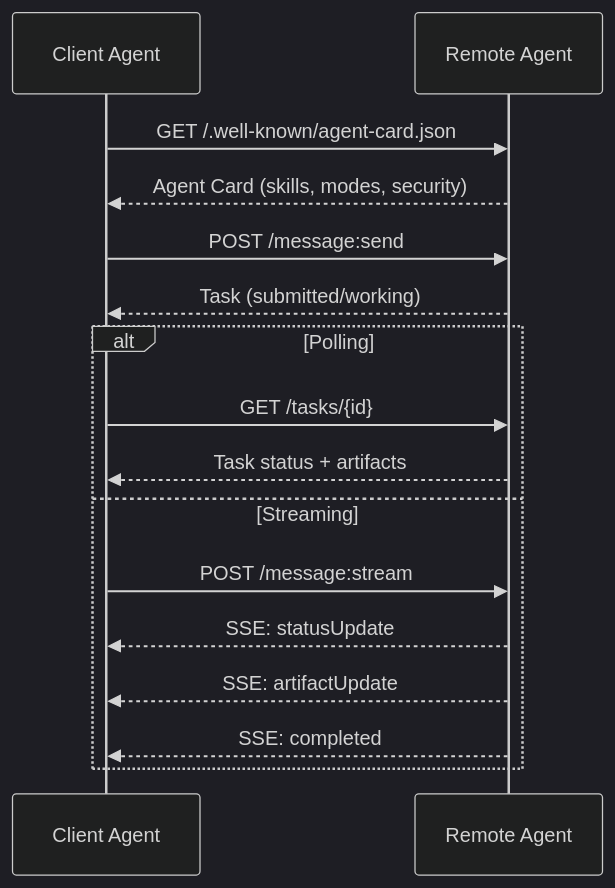
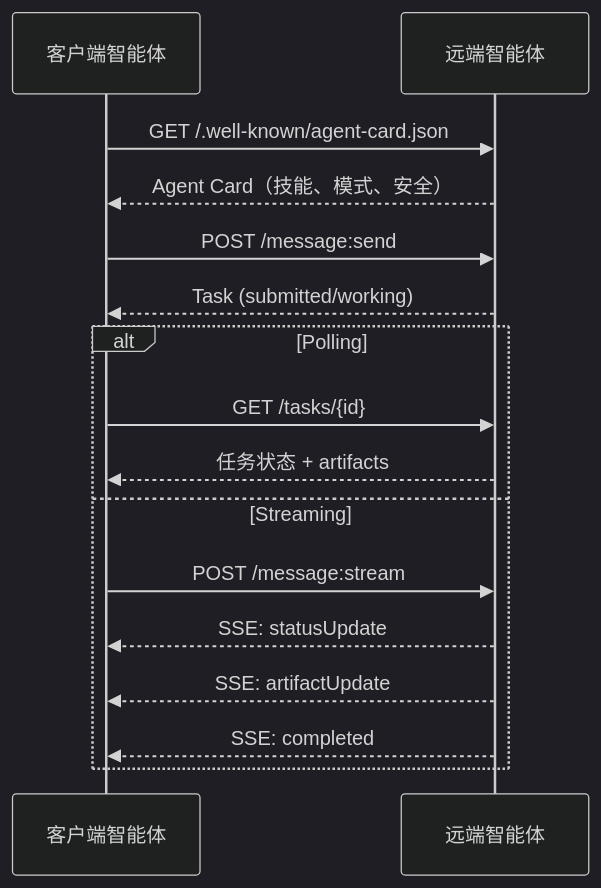
Before and after one commit to husky1102/ai-engineering-from-scratch-zh: the third of 13 diagrams in phases/16-multi-agent-and-swarms/03-communication-protocols/docs/zh-CN.md, drawn with Mermaid (dark theme). The commit also changed other lines of this file and 1 other file, not shown here.

````diff
--- a/phases/16-multi-agent-and-swarms/03-communication-protocols/docs/zh-CN.md
+++ b/phases/16-multi-agent-and-swarms/03-communication-protocols/docs/zh-CN.md
@@ -82,21 +82,21 @@
 ```mermaid
 sequenceDiagram
-    participant Client as Client Agent
-    participant Remote as Remote Agent
+    participant Client as 客户端智能体
+    participant Remote as 远端智能体
 
     Client->>Remote: GET /.well-known/agent-card.json
-    Remote-->>Client: Agent Card (skills, modes, security)
+    Remote-->>Client: Agent Card（技能、模式、安全）
 
     Client->>Remote: POST /message:send
     Remote-->>Client: Task (submitted/working)
 
     alt Polling
         Client->>Remote: GET /tasks/{id}
-        Remote-->>Client: Task status + artifacts
+        Remote-->>Client: 任务状态 + artifacts
     else Streaming
         Client->>Remote: POST /message:stream
         Remote-->>Client: SSE: statusUpdate
         Remote-->>Client: SSE: artifactUpdate
         Remote-->>Client: SSE: completed
     end
 ```
````
